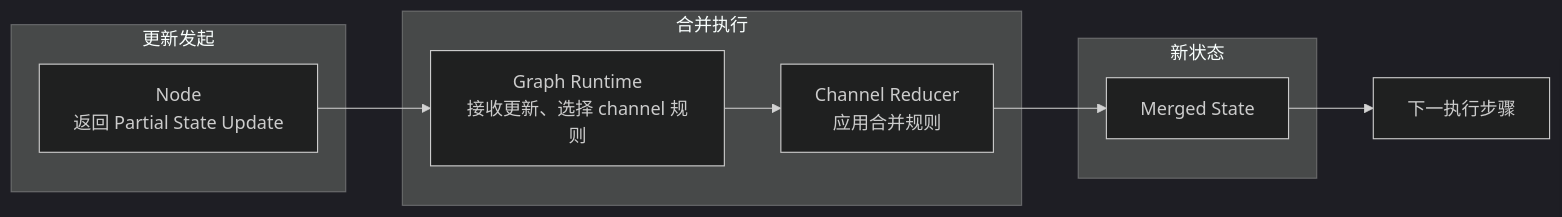
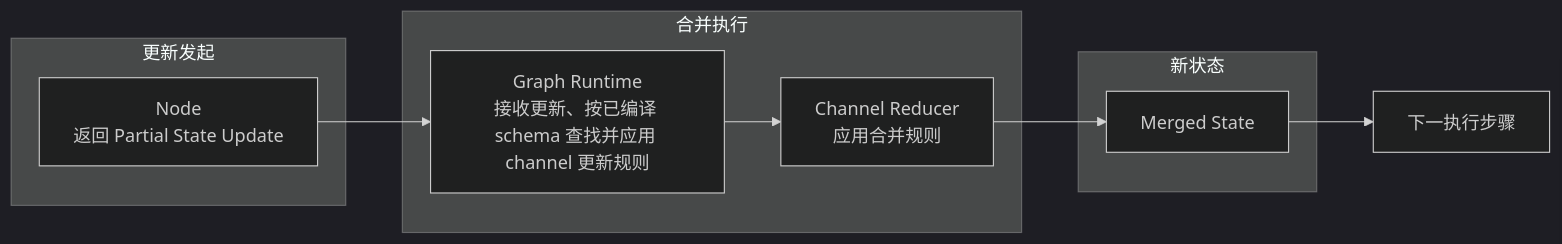
The third of 7 diagrams in docs/03-langgraph-core/ch12-reducer.md (AnRun-M/enterprise-ai-agent-handbook), drawn with Mermaid (dark theme) before and after one commit. The commit also changed other lines of this file and 2 other files, not shown here.

````diff
--- a/docs/03-langgraph-core/ch12-reducer.md
+++ b/docs/03-langgraph-core/ch12-reducer.md
@@ -54,14 +58,14 @@
 ```mermaid
 flowchart LR
     subgraph U["更新发起"]
         N["Node\n返回 Partial State Update"]
     end
     subgraph M["合并执行"]
-        GR["Graph Runtime\n接收更新、选择 channel 规则"]
+        GR["Graph Runtime\n接收更新、按已编译 schema 查找并应用 channel 更新规则"]
         CR["Channel Reducer\n应用合并规则"]
     end
     subgraph S["新状态"]
         MS["Merged State"]
     end
     N --> GR --> CR --> MS --> NEXT["下一执行步骤"]
 ```
````
